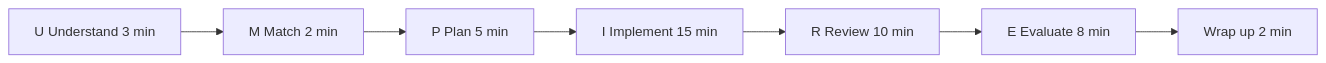
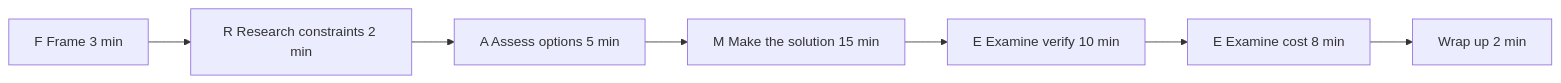
One commit to CODECRUNCHWORLDWIDE/C2-CrunchTime-The-Code changed the first of 2 diagrams in curriculum/week-04-fast-slow-pointers-and-mock-1/lecture-notes/02-the-mock-interview-protocol.md. Above: the diagram before and after it, drawn with Mermaid. The commit also changed other lines of this file and 793 other files, not shown here.

````diff
--- a/curriculum/week-04-fast-slow-pointers-and-mock-1/lecture-notes/02-the-mock-interview-protocol.md
+++ b/curriculum/week-04-fast-slow-pointers-and-mock-1/lecture-notes/02-the-mock-interview-protocol.md
@@ -106,9 +106,9 @@
 ```mermaid
 flowchart LR
-  U["U Understand 3 min"] --> M["M Match 2 min"]
-  M --> P["P Plan 5 min"]
-  P --> I["I Implement 15 min"]
-  I --> R["R Review 10 min"]
-  R --> E["E Evaluate 8 min"]
-  E --> W["Wrap up 2 min"]
+  F["F Frame 3 min"] --> R["R Research constraints 2 min"]
+  R --> A["A Assess options 5 min"]
+  A --> M["M Make the solution 15 min"]
+  M --> E1["E Examine verify 10 min"]
+  E1 --> E2["E Examine cost 8 min"]
+  E2 --> W["Wrap up 2 min"]
 ```
````
